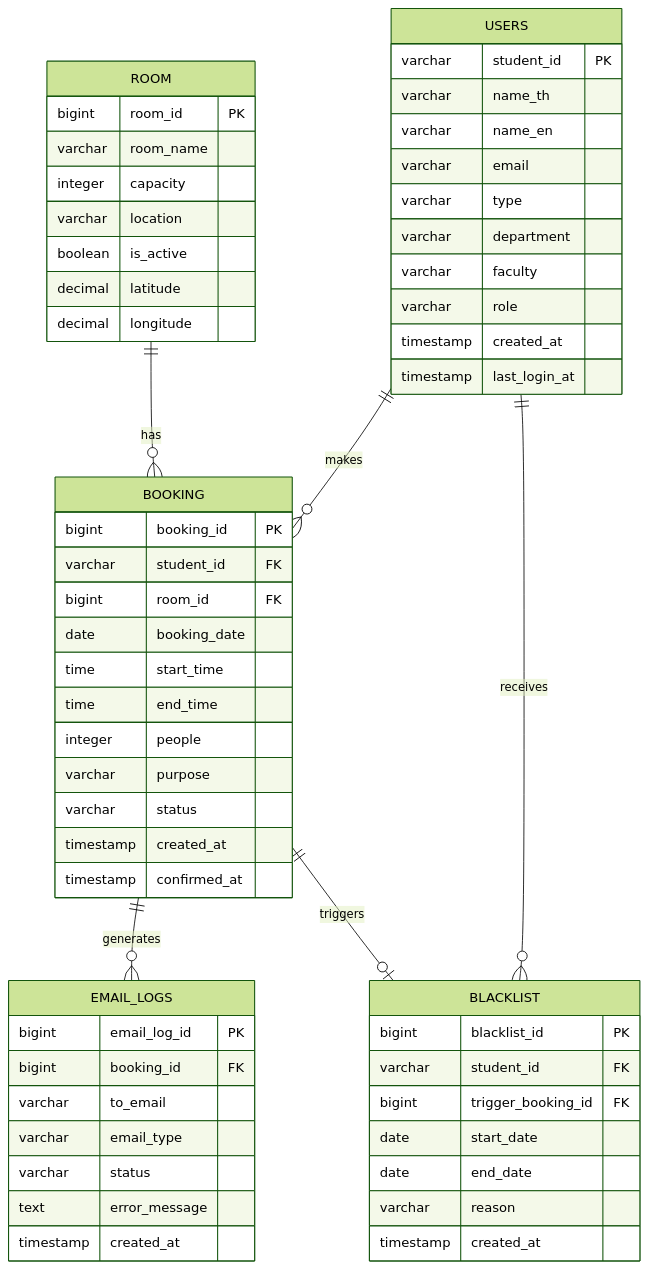
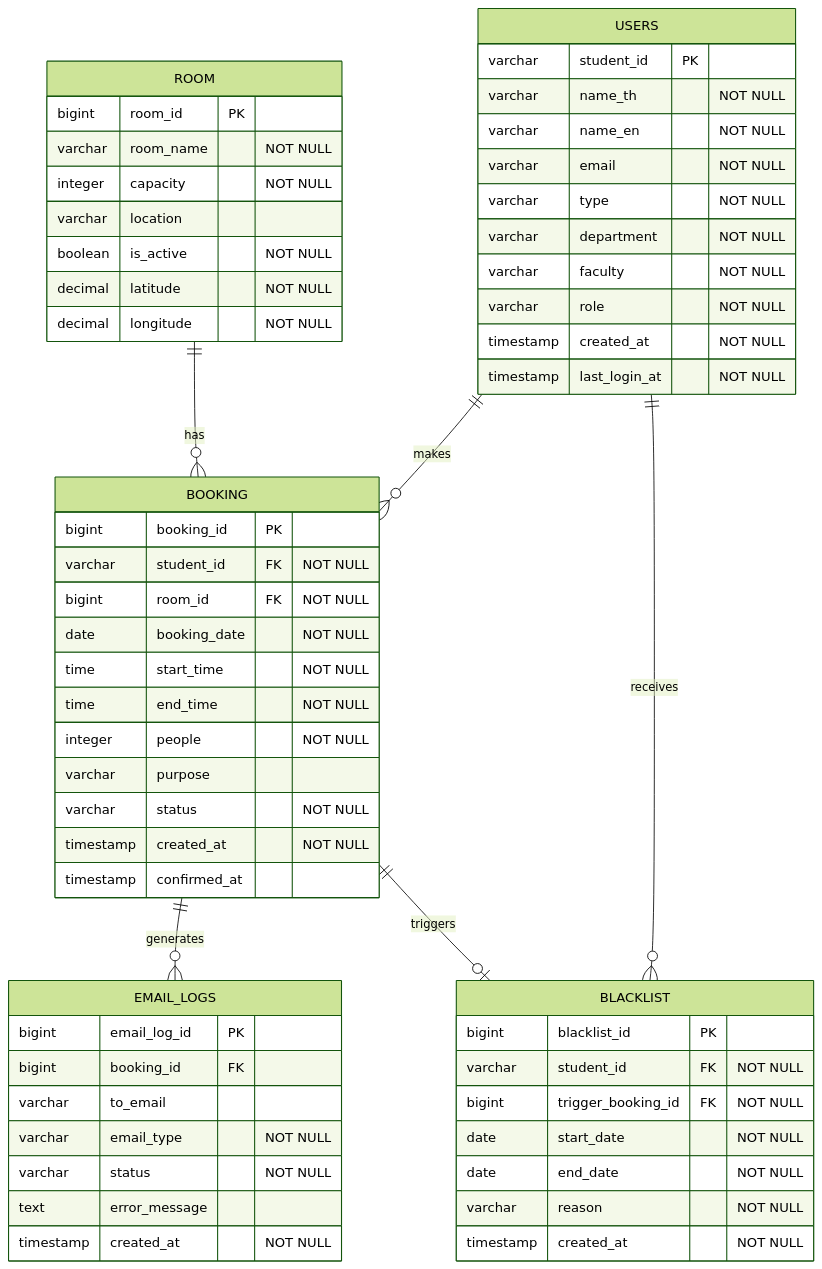
The diagram in database/ERD.md (niairi/cs261_650001_group8), drawn with Mermaid (forest theme) before and after one commit. The commit also changed other lines of this file and 5 other files, not shown here.

Commit message:
feat: update database schema for US8-US10 with room location and blacklist

````diff
--- a/database/ERD.md
+++ b/database/ERD.md
@@ -5,67 +5,67 @@
 ```mermaid
 erDiagram
 
     USERS ||--o{ BOOKING : makes
     ROOM ||--o{ BOOKING : has
     BOOKING ||--o{ EMAIL_LOGS : generates
 
     USERS ||--o{ BLACKLIST : receives
     BOOKING ||--o| BLACKLIST : triggers
 
     USERS {
         varchar student_id PK
-        varchar name_th
-        varchar name_en
-        varchar email
-        varchar type
-        varchar department
-        varchar faculty
-        varchar role
-        timestamp created_at
-        timestamp last_login_at
+        varchar name_th "NOT NULL"
+        varchar name_en "NOT NULL"
+        varchar email "NOT NULL"
+        varchar type "NOT NULL"
+        varchar department "NOT NULL"
+        varchar faculty "NOT NULL"
+        varchar role "NOT NULL"
+        timestamp created_at "NOT NULL"
+        timestamp last_login_at "NOT NULL"
     }
 
     ROOM {
         bigint room_id PK
-        varchar room_name
-        integer capacity
+        varchar room_name "NOT NULL"
+        integer capacity "NOT NULL"
         varchar location
-        boolean is_active
-        decimal latitude
-        decimal longitude
+        boolean is_active "NOT NULL"
+        decimal latitude "NOT NULL"
+        decimal longitude "NOT NULL"
     }
 
     BOOKING {
         bigint booking_id PK
-        varchar student_id FK
-        bigint room_id FK
-        date booking_date
-        time start_time
-        time end_time
-        integer people
+        varchar student_id FK "NOT NULL"
+        bigint room_id FK "NOT NULL"
+        date booking_date "NOT NULL"
+        time start_time "NOT NULL"
+        time end_time "NOT NULL"
+        integer people "NOT NULL"
         varchar purpose
-        varchar status
-        timestamp created_at
+        varchar status "NOT NULL"
+        timestamp created_at "NOT NULL"
         timestamp confirmed_at
     }
 
     EMAIL_LOGS {
         bigint email_log_id PK
         bigint booking_id FK
         varchar to_email
-        varchar email_type
-        varchar status
+        varchar email_type "NOT NULL"
+        varchar status "NOT NULL"
         text error_message
-        timestamp created_at
+        timestamp created_at "NOT NULL"
     }
 
     BLACKLIST {
         bigint blacklist_id PK
-        varchar student_id FK
-        bigint trigger_booking_id FK
-        date start_date
-        date end_date
-        varchar reason
-        timestamp created_at
+        varchar student_id FK "NOT NULL"
+        bigint trigger_booking_id FK "NOT NULL"
+        date start_date "NOT NULL"
+        date end_date "NOT NULL"
+        varchar reason "NOT NULL"
+        timestamp created_at "NOT NULL"
     }
 ```
````
